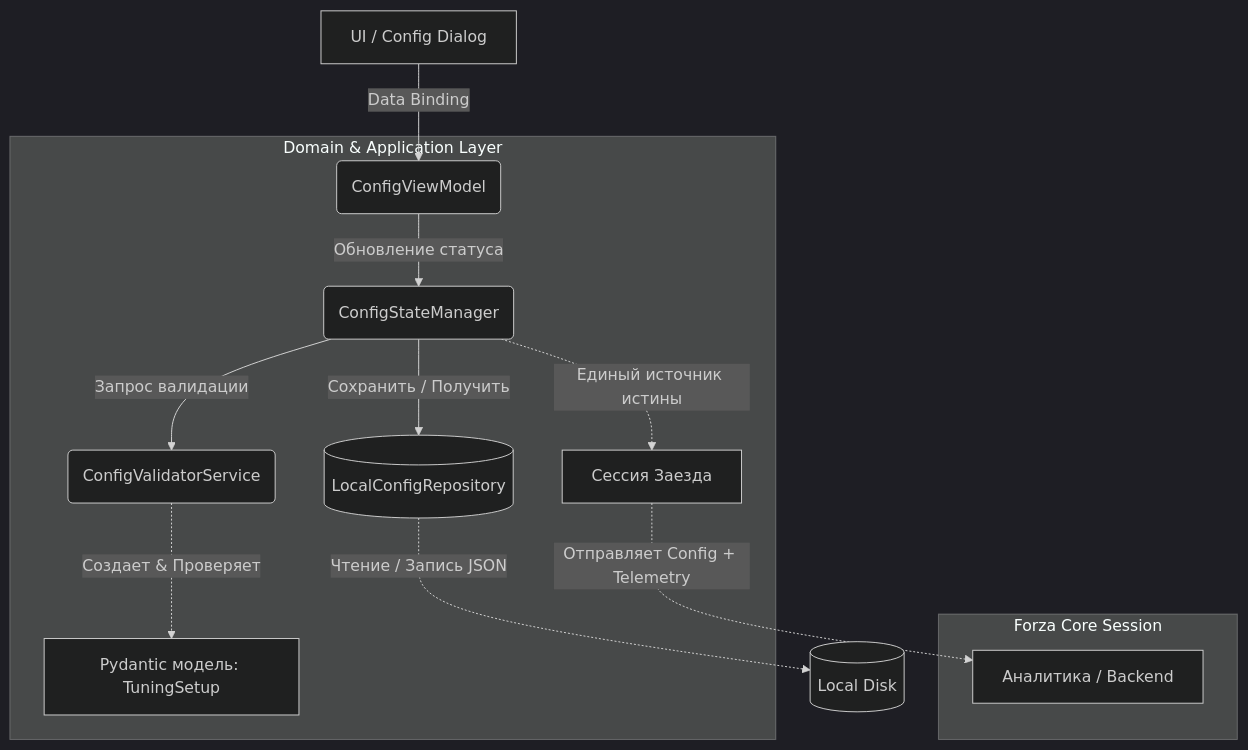
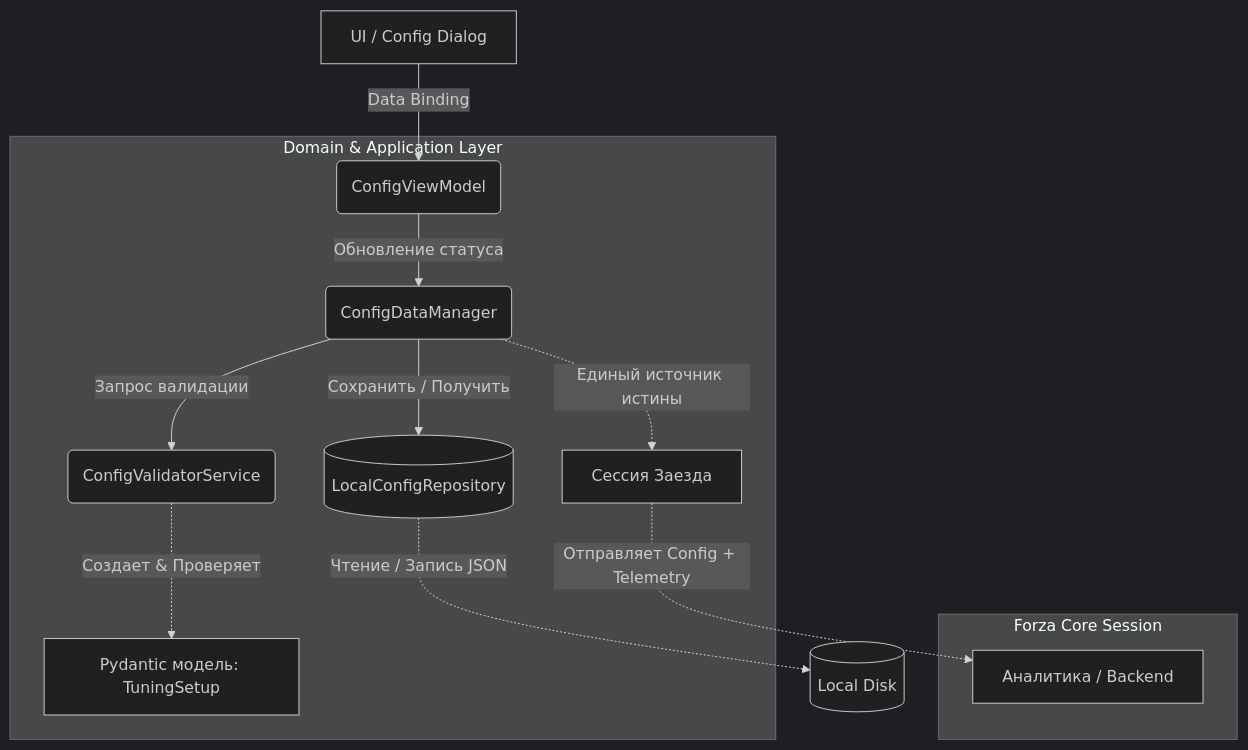
The first of 2 diagrams in docs/04_Domain_Logic/01_config_state_management.md (1DenLy/ForzaAITuner), drawn with Mermaid (dark theme) before and after one commit. The commit also changed other lines of this file and 4 other files, not shown here.

````diff
--- a/docs/04_Domain_Logic/01_config_state_management.md
+++ b/docs/04_Domain_Logic/01_config_state_management.md
@@ -11,19 +11,19 @@
 ```mermaid
 flowchart TD
     UI[UI / Config Dialog] -->|Data Binding| CVM(ConfigViewModel)
     
     subgraph Domain & Application Layer
-        CVM -->|Обновление статуса| CSM(ConfigStateManager)
+        CVM -->|Обновление статуса| CSM(ConfigDataManager)
         CSM -->|Запрос валидации| CVS(ConfigValidatorService)
         CVS -.->|Создает & Проверяет| TS[Pydantic модель: TuningSetup]
         
         CSM -->|Сохранить / Получить| LCR[(LocalConfigRepository)]
         CSM -.->|Единый источник истины| DS[Сессия Заезда]
     end
     
     LCR -.->|Чтение / Запись JSON| Disk[(Local Disk)]
     
     subgraph Forza Core Session
         DS -.->|Отправляет Config + Telemetry| Backend[Аналитика / Backend]
     end
 ```
````
